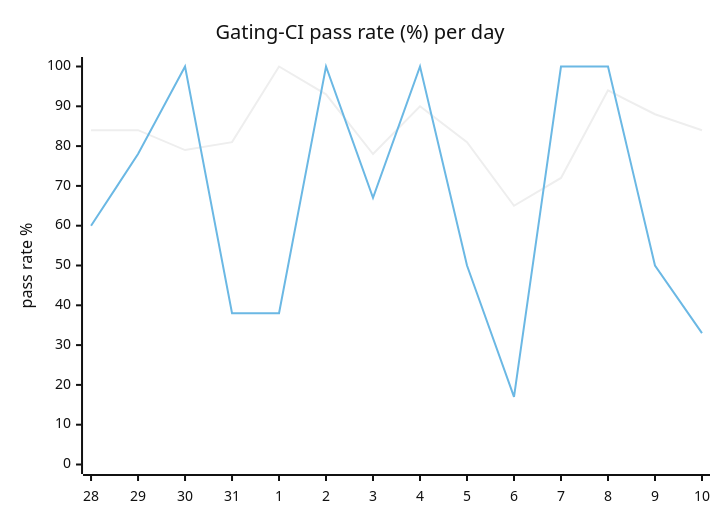
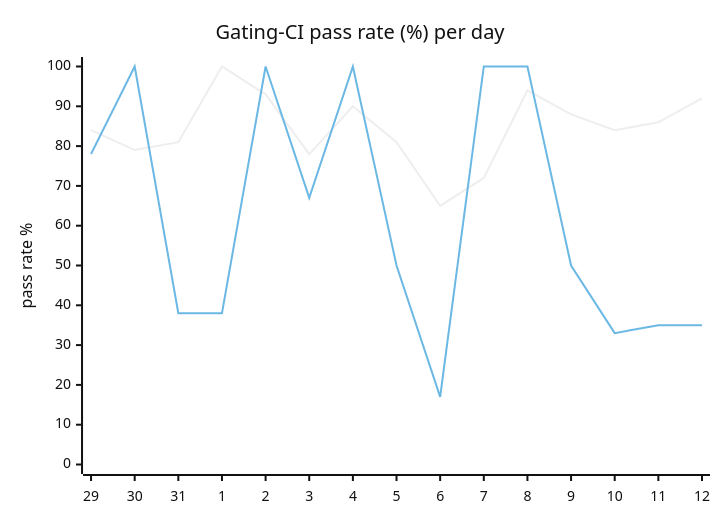
The diagram in hack/ci/ci-dashboard/staging/issue.md (hatchet-dev/hatchet), drawn with Mermaid (neutral theme) before and after one commit. The commit also changed other lines of this file, not shown here.

````diff
--- a/hack/ci/ci-dashboard/staging/issue.md
+++ b/hack/ci/ci-dashboard/staging/issue.md
@@ -9,8 +9,8 @@
 ```mermaid
 xychart-beta
   title "Gating-CI pass rate (%) per day"
-  x-axis [28, 29, 30, 31, 1, 2, 3, 4, 5, 6, 7, 8, 9, 10]
+  x-axis [29, 30, 31, 1, 2, 3, 4, 5, 6, 7, 8, 9, 10, 11, 12]
   y-axis "pass rate %" 0 --> 100
-  line "CI" [84, 84, 79, 81, 100, 93, 78, 90, 81, 65, 72, 94, 88, 84]
-  line "main" [60, 78, 100, 38, 38, 100, 67, 100, 50, 17, 100, 100, 50, 33]
+  line "CI" [84, 79, 81, 100, 93, 78, 90, 81, 65, 72, 94, 88, 84, 86, 92]
+  line "main" [78, 100, 38, 38, 100, 67, 100, 50, 17, 100, 100, 50, 33, 35, 35]
 ```
````
